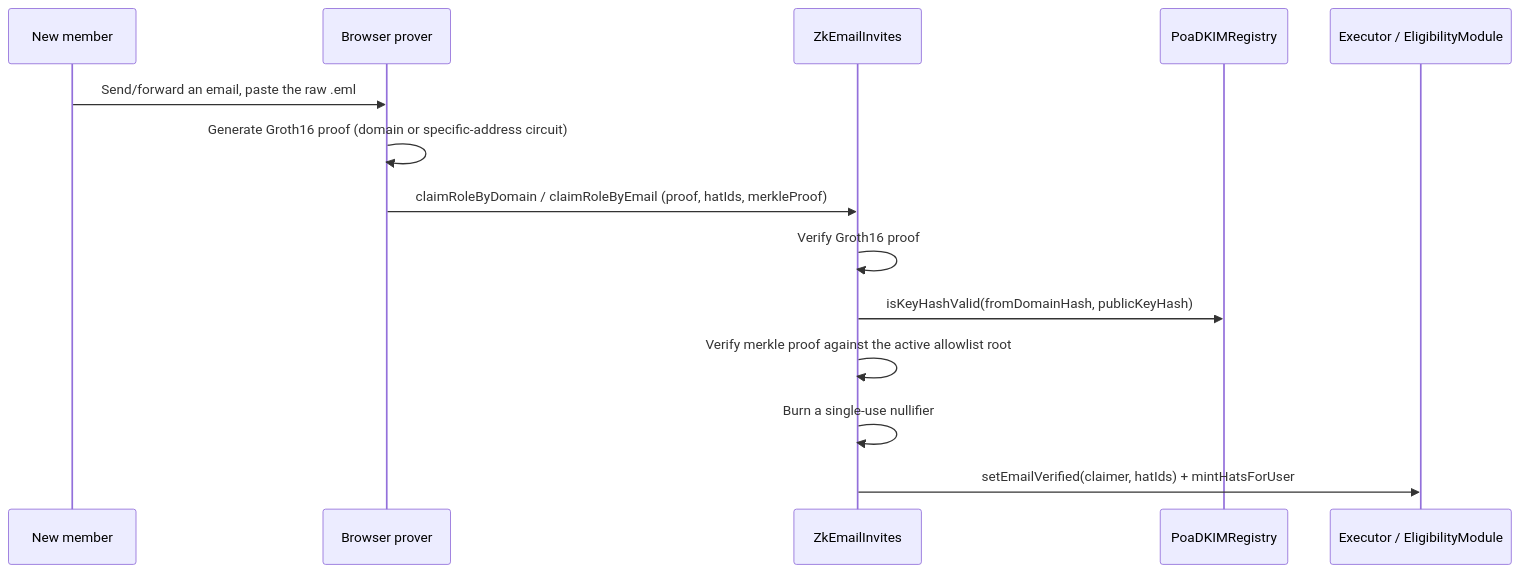
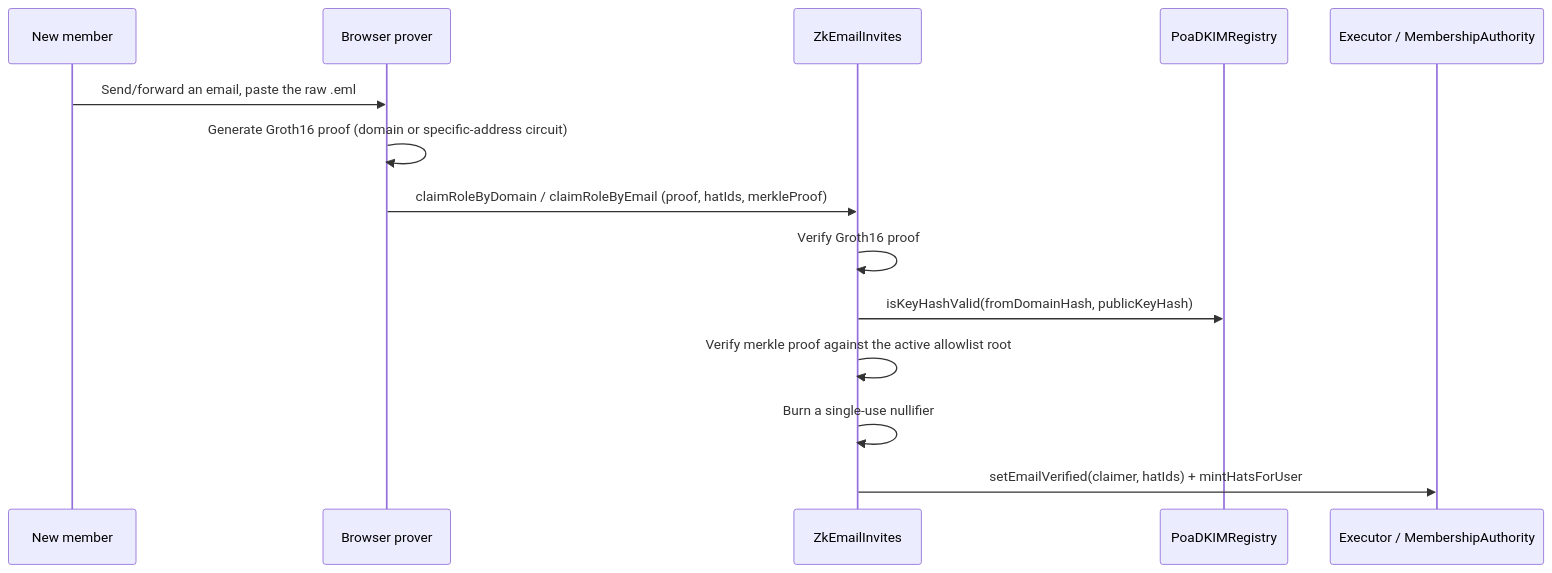
One commit to poa-box/POP changed the third of 4 diagrams in README.md. Above: the diagram before and after it, drawn with Mermaid. The commit also changed other lines of this file and 204 other files, not shown here.

````diff
--- a/README.md
+++ b/README.md
@@ -292,16 +292,16 @@
 ```mermaid
 sequenceDiagram
     participant U as New member
     participant B as Browser prover
     participant Z as ZkEmailInvites
     participant D as PoaDKIMRegistry
-    participant E as Executor / EligibilityModule
+    participant E as Executor / MembershipAuthority
     U->>B: Send/forward an email, paste the raw .eml
     B->>B: Generate Groth16 proof (domain or specific-address circuit)
     B->>Z: claimRoleByDomain / claimRoleByEmail (proof, hatIds, merkleProof)
     Z->>Z: Verify Groth16 proof
     Z->>D: isKeyHashValid(fromDomainHash, publicKeyHash)
     Z->>Z: Verify merkle proof against the active allowlist root
     Z->>Z: Burn a single-use nullifier
     Z->>E: setEmailVerified(claimer, hatIds) + mintHatsForUser
 ```
````
